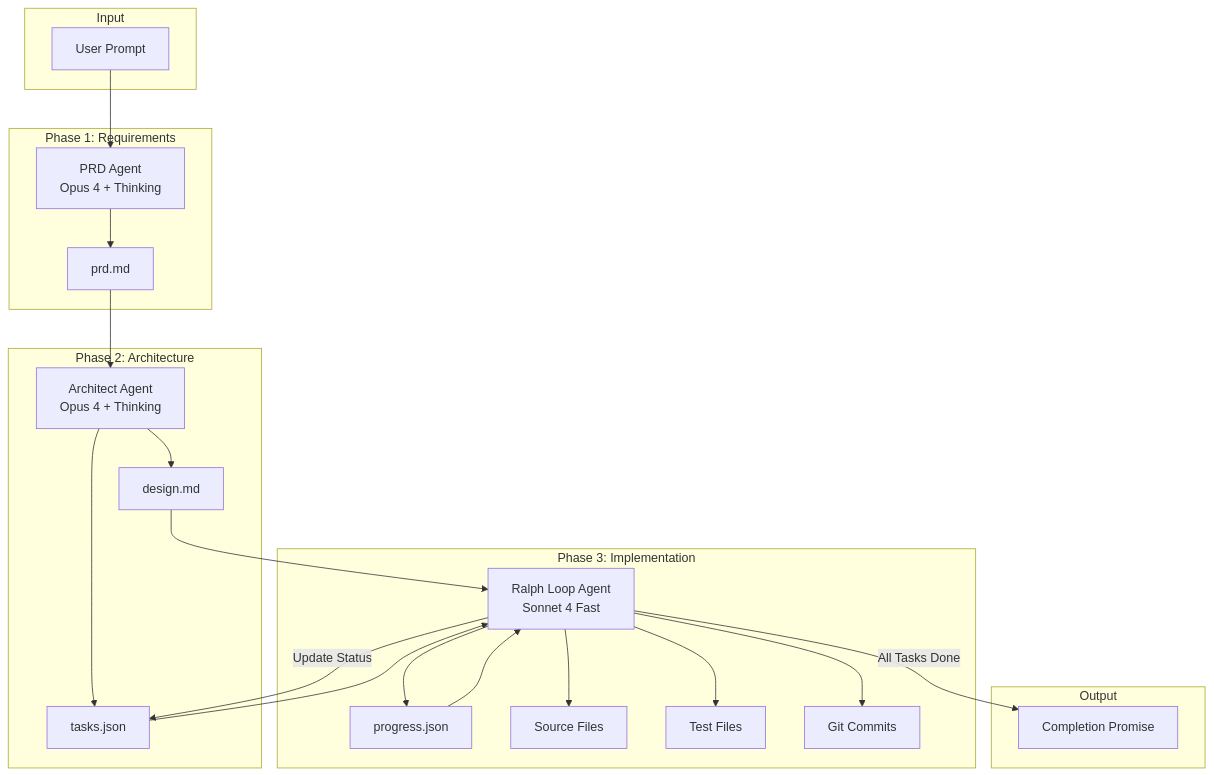
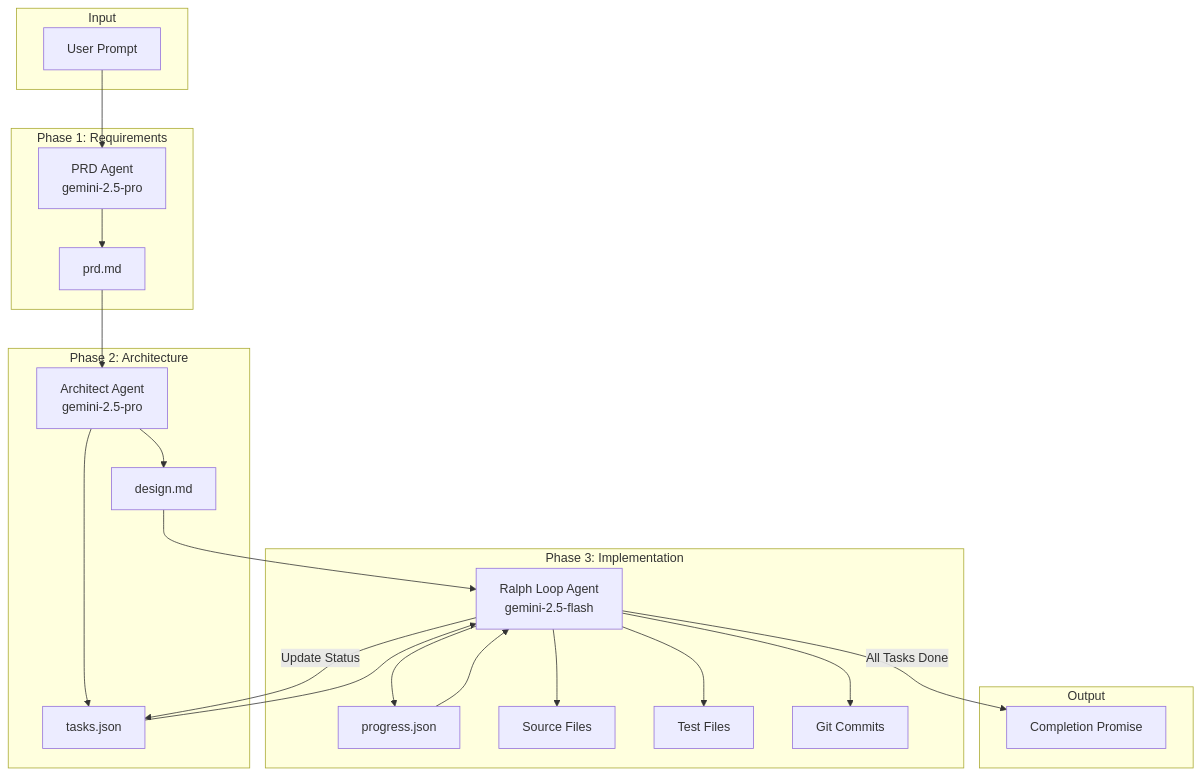
The diagram in README.md (zavora-ai/adk-ralph), drawn with Mermaid before and after one commit. The commit also changed other lines of this file, not shown here.

````diff
--- a/README.md
+++ b/README.md
@@ -23,44 +24,44 @@
 ```mermaid
 flowchart TB
     subgraph Input
         UP[User Prompt]
     end
-    
+
     subgraph "Phase 1: Requirements"
-        PA[PRD Agent<br/>Opus 4 + Thinking]
+        PA[PRD Agent<br/>gemini-2.5-pro]
         PRD[prd.md]
         UP --> PA
         PA --> PRD
     end
-    
+
     subgraph "Phase 2: Architecture"
-        AA[Architect Agent<br/>Opus 4 + Thinking]
+        AA[Architect Agent<br/>gemini-2.5-pro]
         DES[design.md]
         TSK[tasks.json]
         PRD --> AA
         AA --> DES
         AA --> TSK
     end
-    
+
     subgraph "Phase 3: Implementation"
-        RL[Ralph Loop Agent<br/>Sonnet 4 Fast]
+        RL[Ralph Loop Agent<br/>gemini-2.5-flash]
         PROG[progress.json]
         CODE[Source Files]
         TEST[Test Files]
         GIT[Git Commits]
-        
+
         TSK --> RL
         DES --> RL
         PROG --> RL
         RL --> CODE
         RL --> TEST
         RL --> GIT
         RL --> PROG
         RL -->|Update Status| TSK
     end
-    
+
     subgraph Output
         DONE[Completion Promise]
         RL -->|All Tasks Done| DONE
     end
 ```
````
